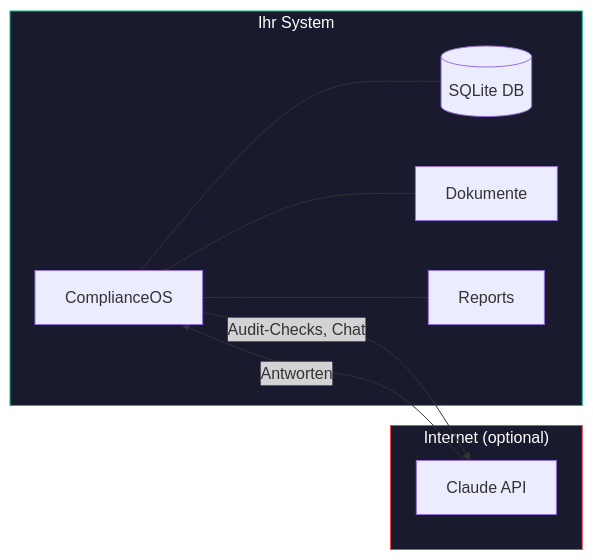
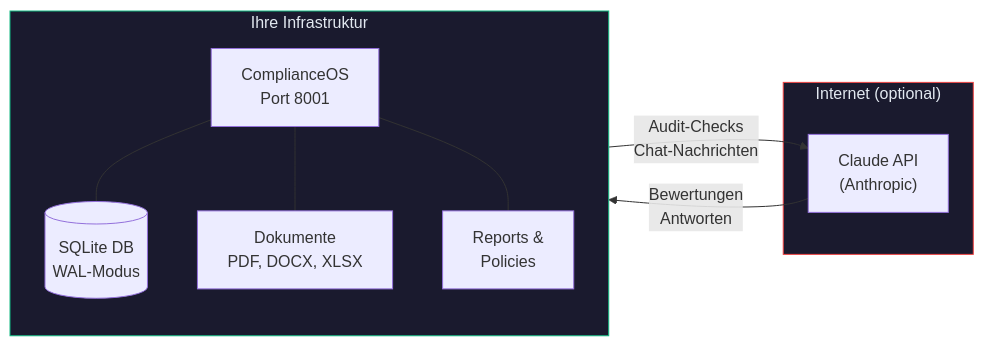
The diagram in docs/schnellstart/datenschutz.md (silentspike/complianceos), drawn with Mermaid before and after one commit. The commit also changed other lines of this file and 52 other files, not shown here.

````diff
--- a/docs/schnellstart/datenschutz.md
+++ b/docs/schnellstart/datenschutz.md
@@ -24,19 +9,20 @@
 ```mermaid
 flowchart LR
-    subgraph Lokal["Ihr System"]
-        DB[(SQLite DB)]
-        Docs[Dokumente]
-        Reports[Reports]
-        App[ComplianceOS]
+    subgraph Lokal["Ihre Infrastruktur"]
+        direction TB
+        App["ComplianceOS<br/>Port 8001"]
+        DB[("SQLite DB<br/>WAL-Modus")]
+        Docs["Dokumente<br/>PDF, DOCX, XLSX"]
+        Reports["Reports &<br/>Policies"]
+        App --- DB
+        App --- Docs
+        App --- Reports
     end
     subgraph Extern["Internet (optional)"]
-        Claude[Claude API]
+        Claude["Claude API<br/>(Anthropic)"]
     end
-    App -->|Audit-Checks, Chat| Claude
-    Claude -->|Antworten| App
-    App --- DB
-    App --- Docs
-    App --- Reports
-    style Extern fill:#1a1a2e,stroke:#ef4444,color:#fff
-    style Lokal fill:#1a1a2e,stroke:#10b981,color:#fff
+    App -->|"Audit-Checks<br/>Chat-Nachrichten"| Claude
+    Claude -->|"Bewertungen<br/>Antworten"| App
+    style Extern fill:#1a1a2e,stroke:#ef4444,color:#e2e8f0
+    style Lokal fill:#1a1a2e,stroke:#10b981,color:#e2e8f0
 ```
````
